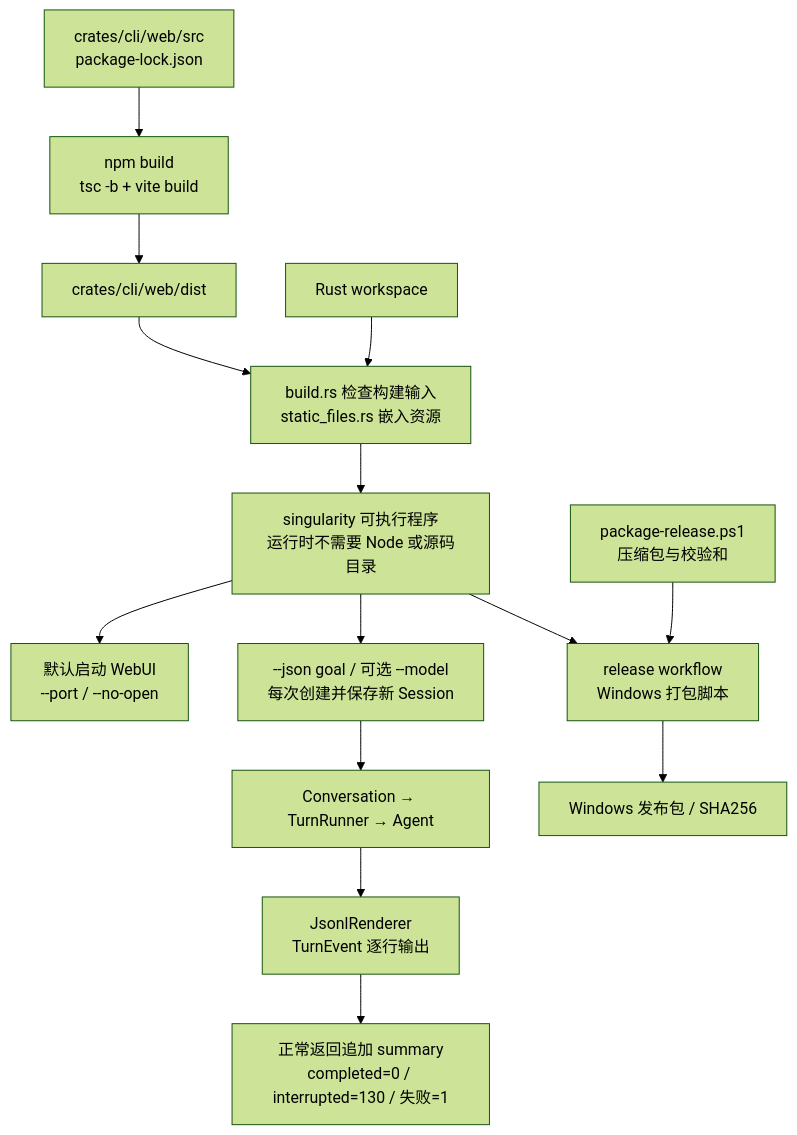
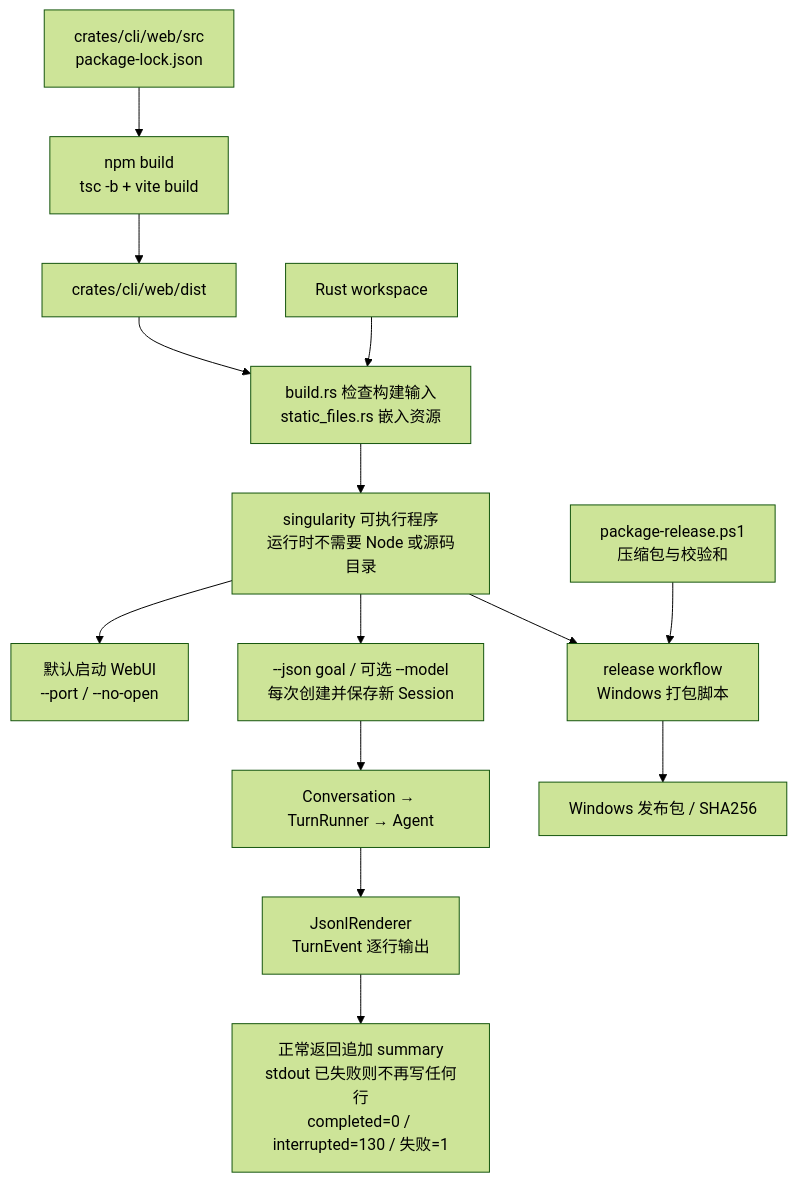
Diagram 29 of 29 in docs/singularity.md (qjcnmd/singularity-agent), drawn with Mermaid (forest theme) before and after one commit. The commit also changed other lines of this file and 52 other files, not shown here.

````diff
--- a/docs/singularity.md
+++ b/docs/singularity.md
@@ -777,16 +788,16 @@
 ```mermaid
 flowchart TB
     React["crates/cli/web/src<br/>package-lock.json"] --> Build["npm build<br/>tsc -b + vite build"]
     Build --> Dist["crates/cli/web/dist"]
     Dist --> Cargo["build.rs 检查构建输入<br/>static_files.rs 嵌入资源"]
     Rust["Rust workspace"] --> Cargo
     Cargo --> Binary["singularity 可执行程序<br/>运行时不需要 Node 或源码目录"]
     Binary --> Web["默认启动 WebUI<br/>--port / --no-open"]
     Binary --> JSON["--json goal / 可选 --model<br/>每次创建并保存新 Session"]
     JSON --> Runtime["Conversation → TurnRunner → Agent"]
     Runtime --> Renderer["JsonlRenderer<br/>TurnEvent 逐行输出"]
-    Renderer --> Summary["正常返回追加 summary<br/>completed=0 / interrupted=130 / 失败=1"]
+    Renderer --> Summary["正常返回追加 summary<br/>stdout 已失败则不再写任何行<br/>completed=0 / interrupted=130 / 失败=1"]
     Binary --> Release["release workflow<br/>Windows 打包脚本"]
     Package["package-release.ps1<br/>压缩包与校验和"] --> Release
     Release --> Artifacts["Windows 发布包 / SHA256"]
 ```
````
